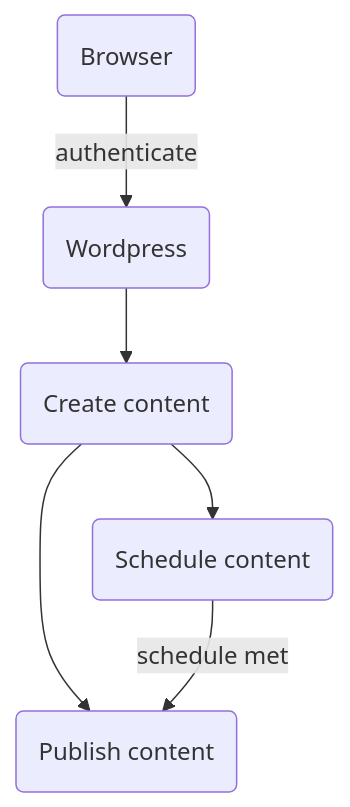
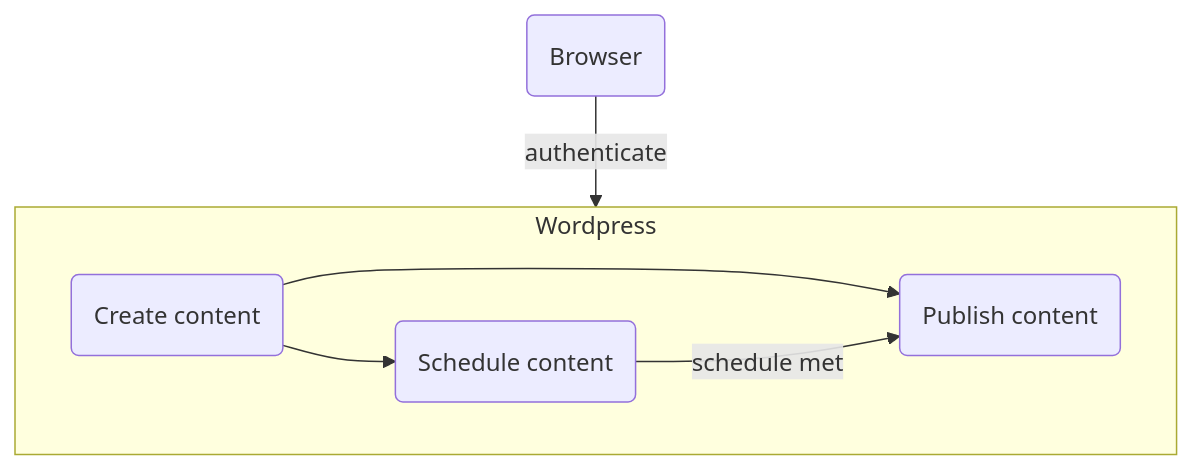
One commit to DXPetti/dxpettidotcom changed the second of 4 diagrams in content/blog/2024/10/the-what/index.md. Above: the diagram before and after it, drawn with Mermaid. The commit also changed other lines of this file, not shown here.

Commit message:
Updated flowcharts in 'The What'

```diff
--- a/content/blog/2024/10/the-what/index.md
+++ b/content/blog/2024/10/the-what/index.md
@@ -46,7 +46,9 @@
 {{< mermaid >}}
 flowchart TD
 B("Browser") -- authenticate --> W("Wordpress")
-W --> C("Create content")
+subgraph W [Wordpress]
+C("Create content")
 C --> P("Publish content")
 C --> S("Schedule content") -- schedule met --> P
+end
 {{< /mermaid >}}
```
